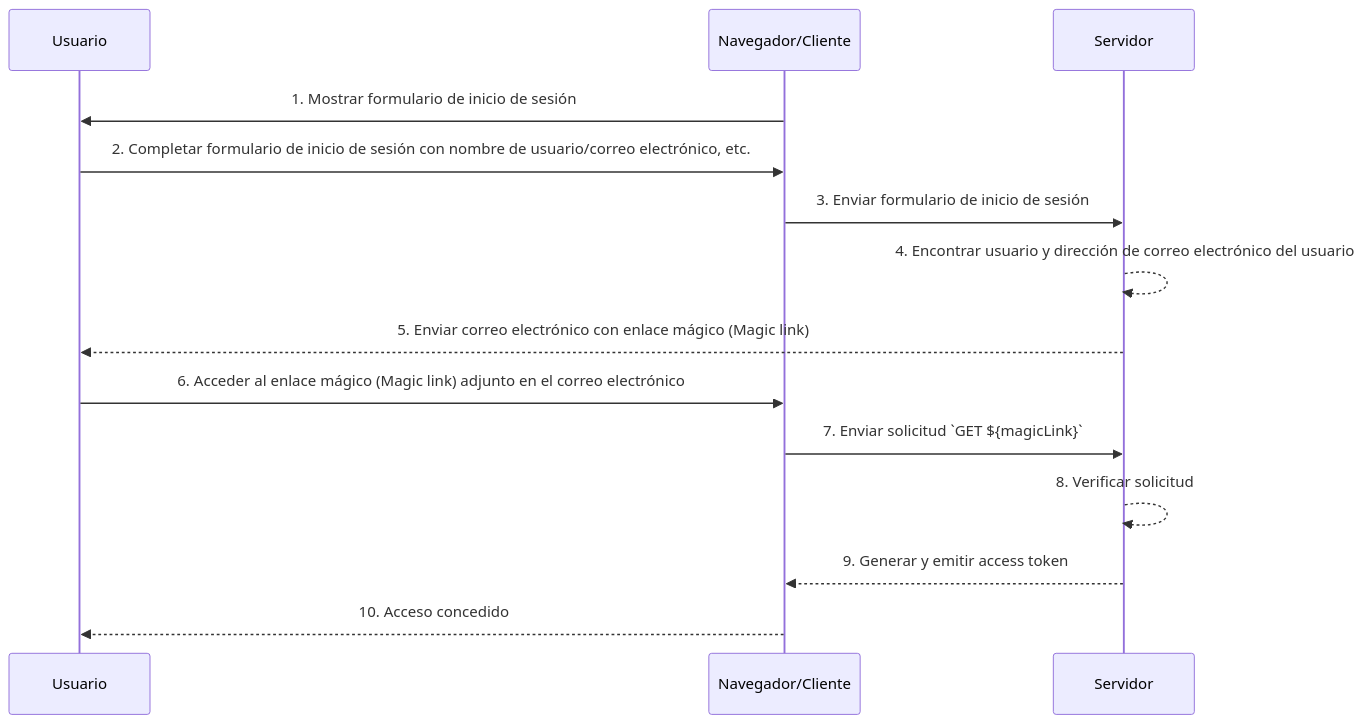
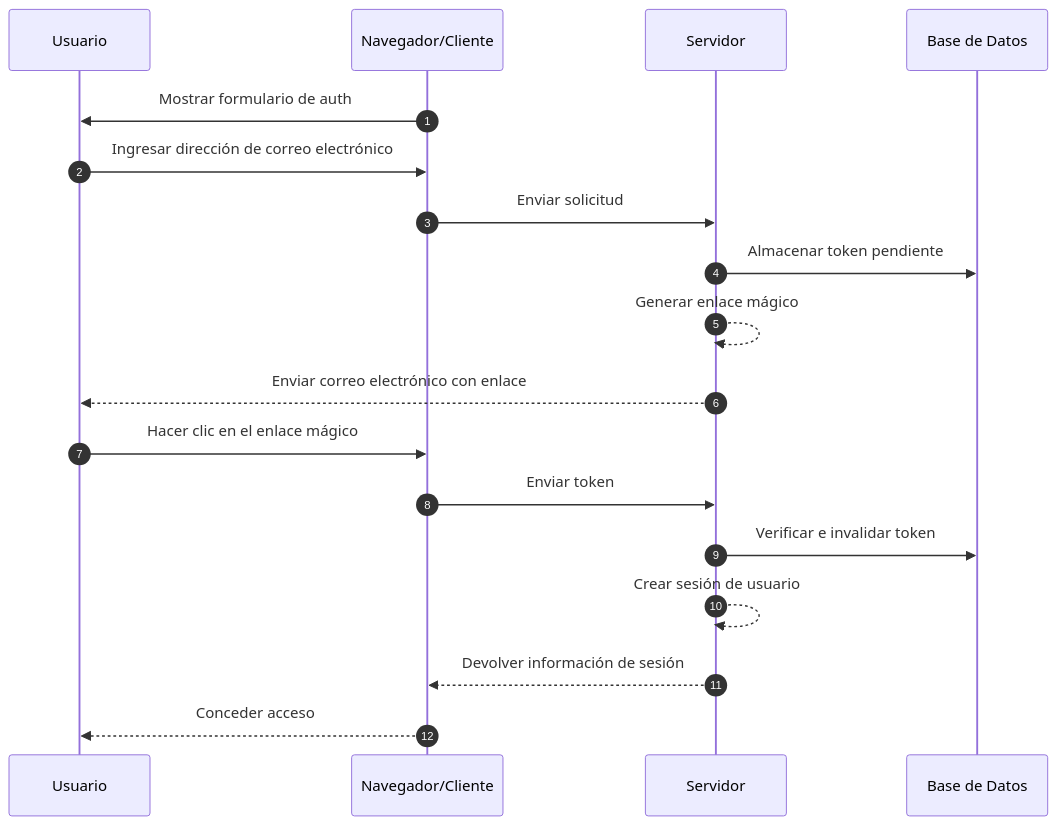
The first of 2 diagrams in src/content/terms/es/magic-link.mdx (logto-io/auth-wiki), drawn with Mermaid before and after one commit. The commit also changed other lines of this file and 95 other files, not shown here.

````diff
--- a/src/content/terms/es/magic-link.mdx
+++ b/src/content/terms/es/magic-link.mdx
@@ -31,16 +17,20 @@
 ```mermaid
 sequenceDiagram
+    autonumber
     participant U as Usuario
     participant B as Navegador/Cliente
     participant S as Servidor
-    B->>U: 1. Mostrar formulario de inicio de sesión
-    U->>B: 2. Completar formulario de inicio de sesión con nombre de usuario/correo electrónico, etc.
-    B->>S: 3. Enviar formulario de inicio de sesión
-    S-->>S: 4. Encontrar usuario y dirección de correo electrónico del usuario
-    S-->>U: 5. Enviar correo electrónico con enlace mágico (Magic link)
-    U->>B: 6. Acceder al enlace mágico (Magic link) adjunto en el correo electrónico
-    B->>S: 7. Enviar solicitud `GET ${magicLink}`
-    S-->>S: 8. Verificar solicitud
-    S-->>B: 9. Generar y emitir access token
-    B-->>U: 10. Acceso concedido
+    participant D as Base de Datos
+    B->>U: Mostrar formulario de auth
+    U->>B: Ingresar dirección de correo electrónico
+    B->>S: Enviar solicitud
+    S->>D: Almacenar token pendiente
+    S-->>S: Generar enlace mágico
+    S-->>U: Enviar correo electrónico con enlace
+    U->>B: Hacer clic en el enlace mágico
+    B->>S: Enviar token
+    S->>D: Verificar e invalidar token
+    S-->>S: Crear sesión de usuario
+    S-->>B: Devolver información de sesión
+    B-->>U: Conceder acceso
 ```
````
